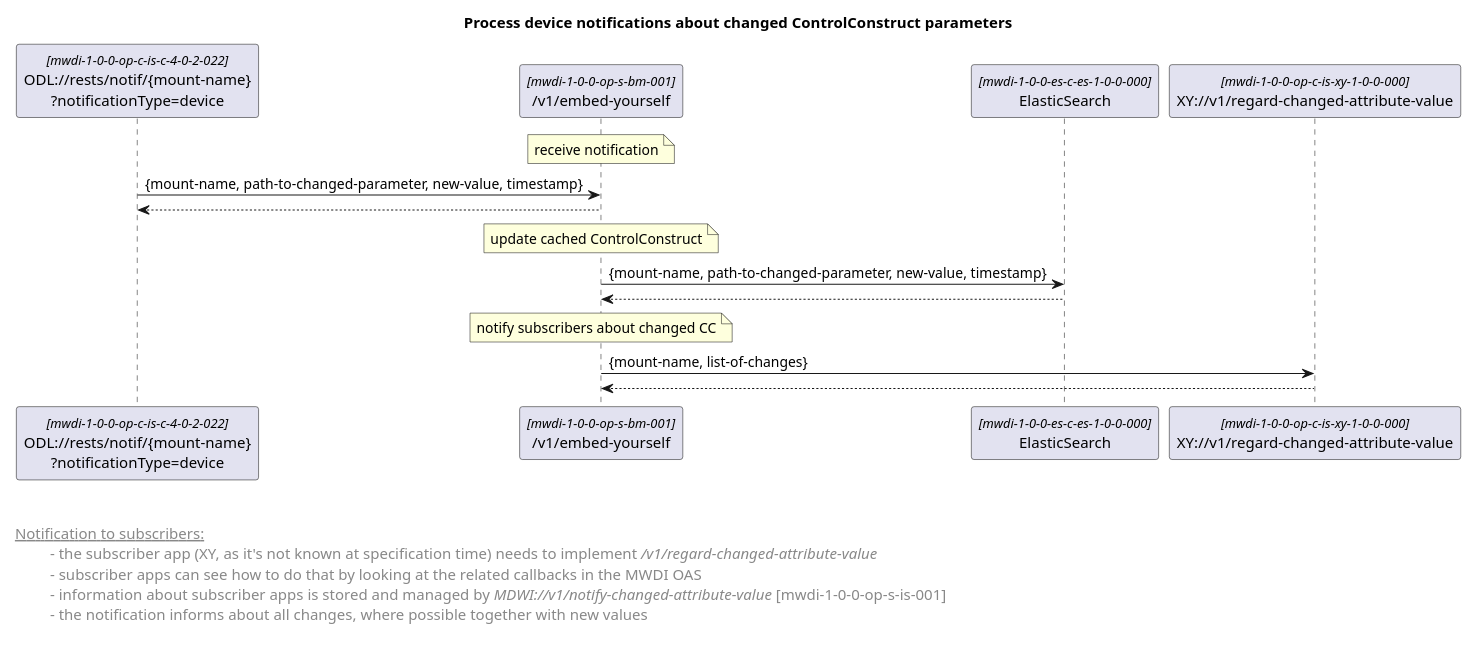
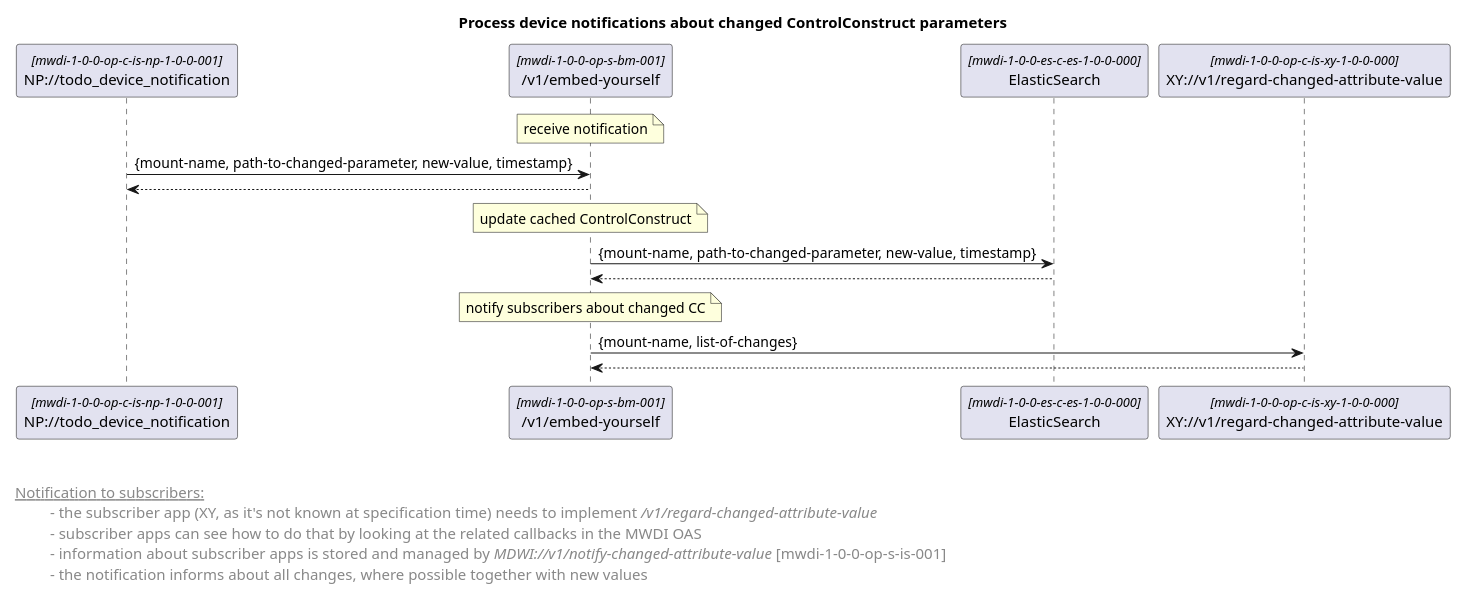
One commit to openBackhaul/MicroWaveDeviceInventory changed the diagram in spec/_NEU_MIT_NOTIFICATION_PROXY_draft/diagrams/04x_forwardingProcessDeviceNotifications.plantuml. Above: the diagram before and after it, drawn with PlantUML. The commit also changed 1 other file, not shown here.

```diff
--- a/spec/_NEU_MIT_NOTIFICATION_PROXY_draft/diagrams/04x_forwardingProcessDeviceNotifications.plantuml
+++ b/spec/_NEU_MIT_NOTIFICATION_PROXY_draft/diagrams/04x_forwardingProcessDeviceNotifications.plantuml
@@ -1,48 +1,48 @@
 @startuml
 skinparam responseMessageBelowArrow true
 skinparam guillemet [ ]
 skinparam participant {
   StereotypeFontSize 12  
 }
 
 title Process device notifications about changed ControlConstruct parameters
 
 'participants
-participant "ODL://rests/notif/{mount-name}\n?notificationType=device" as odlNotification <<mwdi-1-0-0-op-c-is-c-4-0-2-022>>
+participant "NP://todo_device_notification" as npDevChangeNotif <<mwdi-1-0-0-op-c-is-np-1-0-0-001>>
 participant "/v1/embed-yourself" as mwdi <<mwdi-1-0-0-op-s-bm-001>>
 participant "ElasticSearch" as es <<mwdi-1-0-0-es-c-es-1-0-0-000>>
 participant "XY://v1/regard-changed-attribute-value" as notification <<mwdi-1-0-0-op-c-is-xy-1-0-0-000>>
 
 note over mwdi: receive notification
-odlNotification -> mwdi: {mount-name, path-to-changed-parameter, new-value, timestamp}
-mwdi --> odlNotification
+npDevChangeNotif -> mwdi: {mount-name, path-to-changed-parameter, new-value, timestamp}
+mwdi --> npDevChangeNotif
 
 note over mwdi: update cached ControlConstruct
 mwdi -> es: {mount-name, path-to-changed-parameter, new-value, timestamp}
 es --> mwdi
 
 note over mwdi: notify subscribers about changed CC
 mwdi -> notification: {mount-name, list-of-changes}
 notification --> mwdi
 
 
 
 left footer 
 
 
 <u> Notification to subscribers: </u>
 \t  - the subscriber app (XY, as it's not known at specification time) needs to implement <i>/v1/regard-changed-attribute-value</i>
 \t  - subscriber apps can see how to do that by looking at the related callbacks in the MWDI OAS 
 \t  - information about subscriber apps is stored and managed by <i>MDWI://v1/notify-changed-attribute-value</i> [mwdi-1-0-0-op-s-is-001]
 \t  - the notification informs about all changes, where possible together with new values
 
 end footer
 
 <style>
 footer {
   HorizontalAlignment left
   FontSize 14
 }
 </style>
 
 @enduml
```
